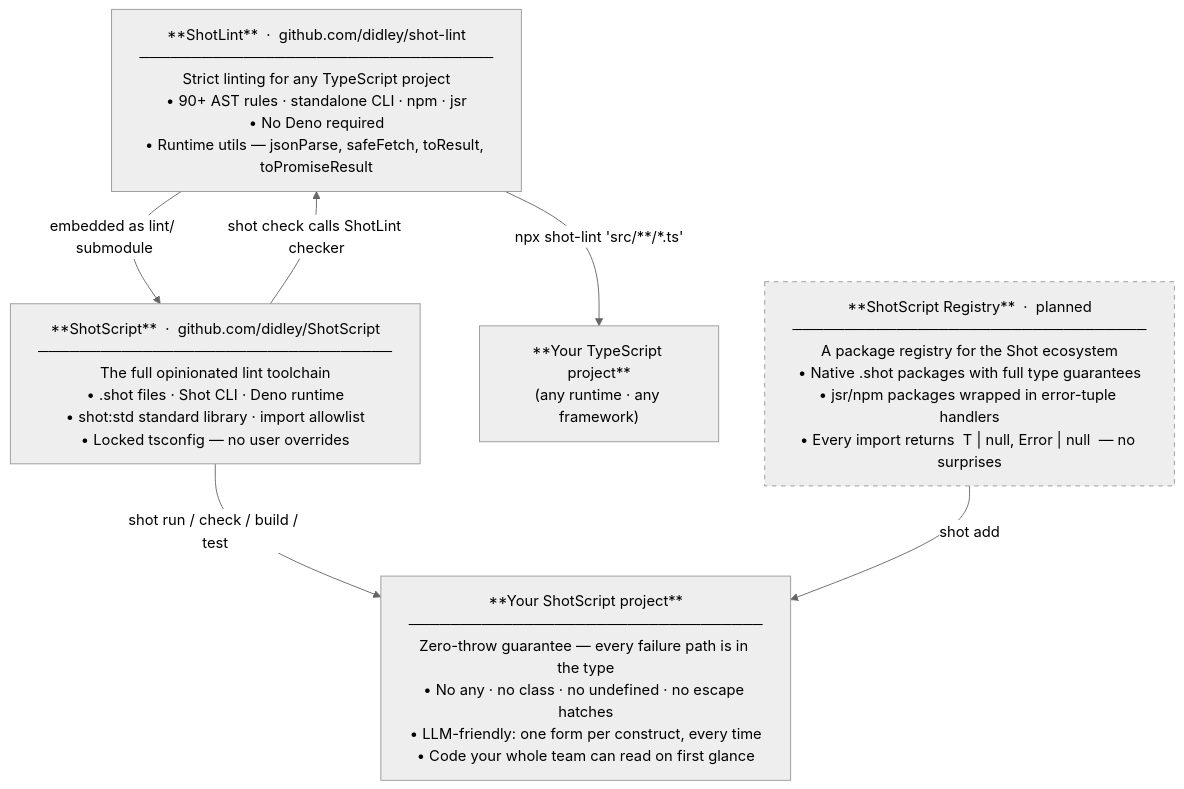
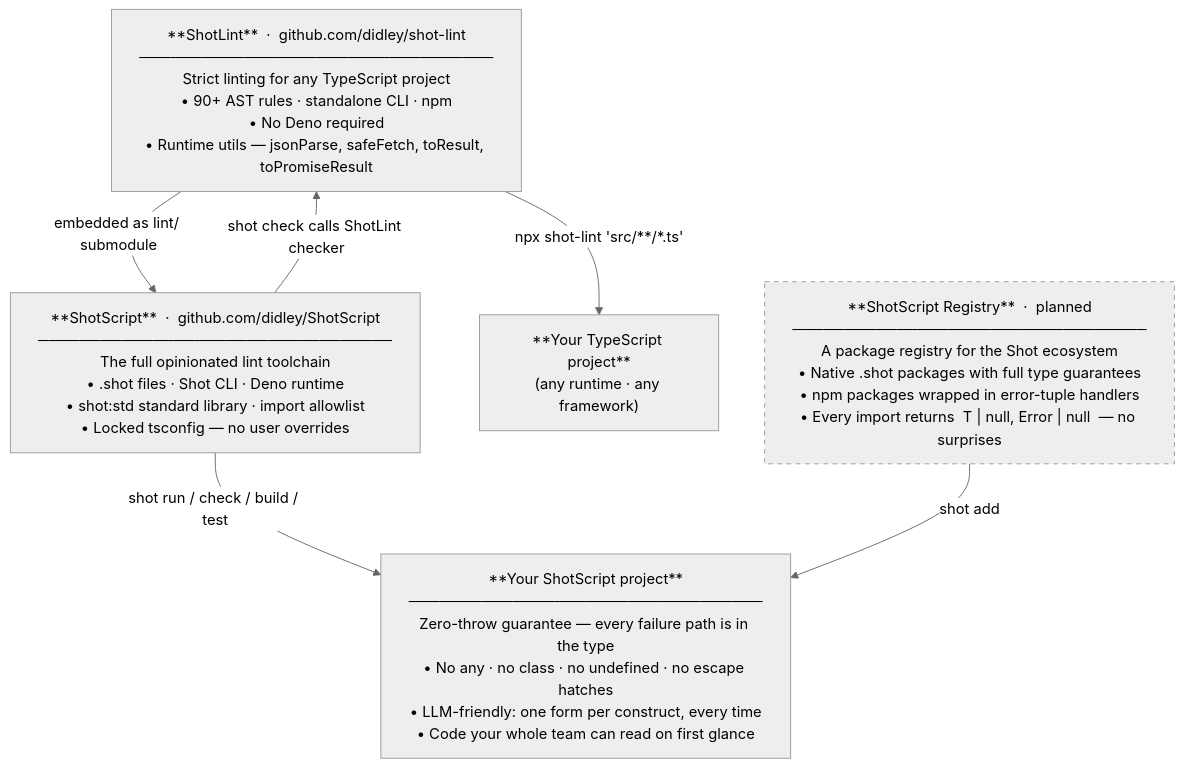
The diagram in README.md (didley/ShotLint), drawn with Mermaid (neutral theme) before and after one commit. The commit also changed other lines of this file and 1 other file, not shown here.

Commit message:
Remove JSR publishing config and references — npm only

````diff
--- a/README.md
+++ b/README.md
@@ -250,20 +245,20 @@
 ```mermaid
 graph TD
-    SL["**ShotLint**  ·  github.com/didley/shot-lint\n──────────────────────────────────\nStrict linting for any TypeScript project\n• 90+ AST rules · standalone CLI · npm · jsr\n• No Deno required\n• Runtime utils — jsonParse, safeFetch, toResult, toPromiseResult"]
+    SL["**ShotLint**  ·  github.com/didley/shot-lint\n──────────────────────────────────\nStrict linting for any TypeScript project\n• 90+ AST rules · standalone CLI · npm\n• No Deno required\n• Runtime utils — jsonParse, safeFetch, toResult, toPromiseResult"]
 
     SS["**ShotScript**  ·  github.com/didley/ShotScript\n──────────────────────────────────\nThe full opinionated lint toolchain\n• .shot files · Shot CLI · Deno runtime\n• shot:std standard library · import allowlist\n• Locked tsconfig — no user overrides"]
 
     TS["**Your TypeScript project**\n(any runtime · any framework)"]
 
     SP["**Your ShotScript project**\n──────────────────────────────────\nZero-throw guarantee — every failure path is in the type\n• No any · no class · no undefined · no escape hatches\n• LLM-friendly: one form per construct, every time\n• Code your whole team can read on first glance"]
 
-    REG["**ShotScript Registry**  ·  planned\n──────────────────────────────────\nA package registry for the Shot ecosystem\n• Native .shot packages with full type guarantees\n• jsr/npm packages wrapped in error-tuple handlers\n• Every import returns  T | null, Error | null  — no surprises"]
+    REG["**ShotScript Registry**  ·  planned\n──────────────────────────────────\nA package registry for the Shot ecosystem\n• Native .shot packages with full type guarantees\n• npm packages wrapped in error-tuple handlers\n• Every import returns  T | null, Error | null  — no surprises"]
 
     SL -->|"embedded as lint/ submodule"| SS
     SS -->|"shot check calls ShotLint checker"| SL
     SL -->|"npx shot-lint 'src/**/*.ts'"| TS
     SS -->|"shot run / check / build / test"| SP
     REG -->|"shot add"| SP
 
     style REG stroke-dasharray: 5 5
 ```
````
